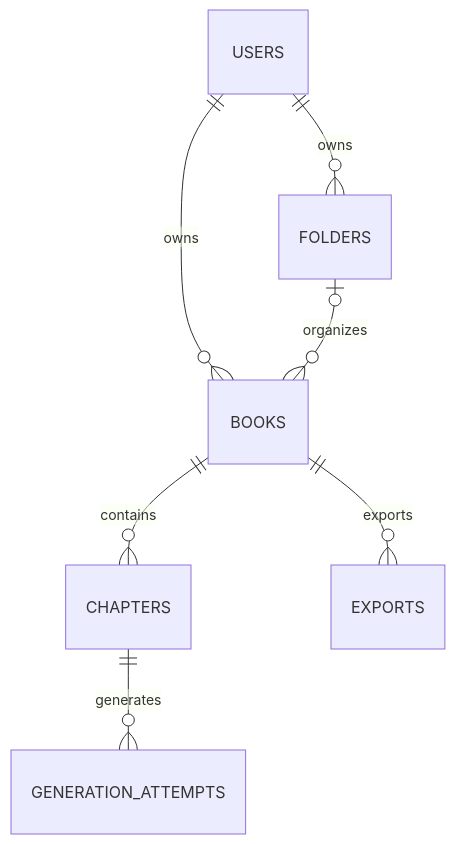
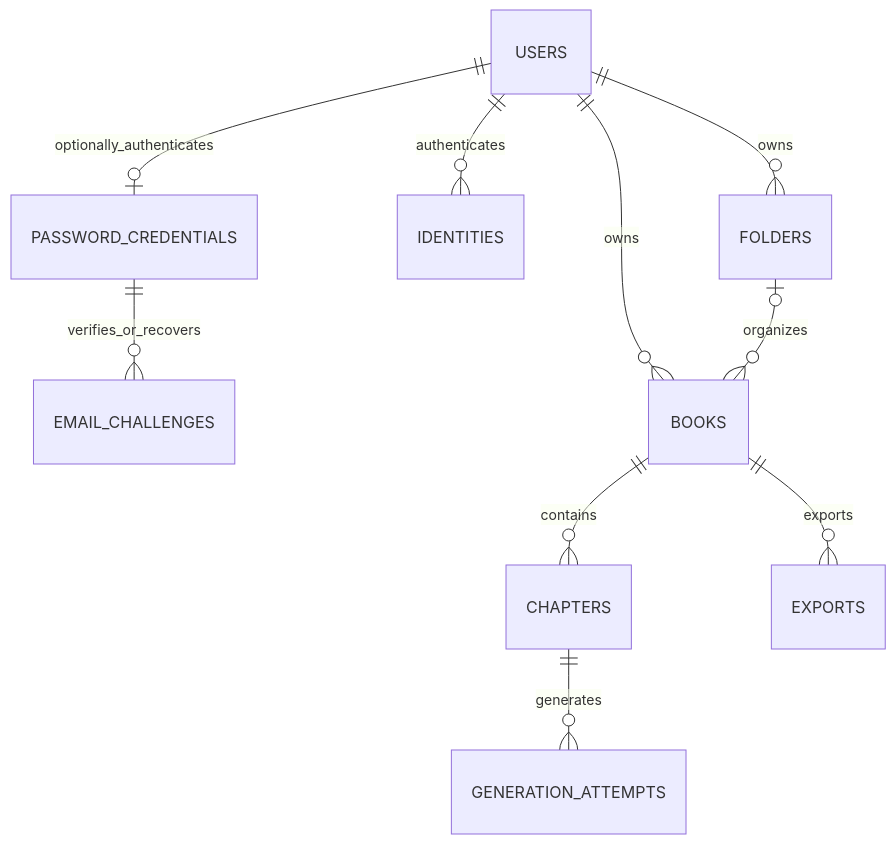
One commit to Zeke-lab/Learning_Space changed the diagram in db/README.md. Above: the diagram before and after it, drawn with Mermaid. The commit also changed other lines of this file and 5 other files, not shown here.

Commit message:
Design persistent accounts with separate Google and password identities

````diff
--- a/db/README.md
+++ b/db/README.md
@@ -7,9 +9,12 @@
 ```mermaid
 erDiagram
   USERS ||--o{ FOLDERS : owns
+  USERS ||--o{ IDENTITIES : authenticates
+  USERS ||--o| PASSWORD_CREDENTIALS : optionally_authenticates
+  PASSWORD_CREDENTIALS ||--o{ EMAIL_CHALLENGES : verifies_or_recovers
   USERS ||--o{ BOOKS : owns
   FOLDERS o|--o{ BOOKS : organizes
   BOOKS ||--o{ CHAPTERS : contains
   CHAPTERS ||--o{ GENERATION_ATTEMPTS : generates
   BOOKS ||--o{ EXPORTS : exports
 ```
````
